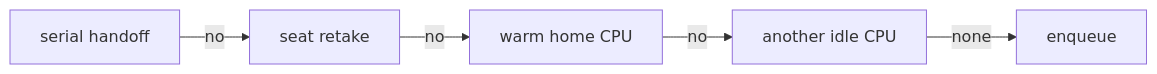
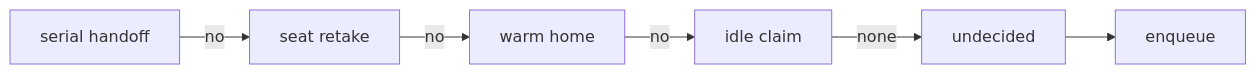
One commit to RitzDaCat/scx changed the second of 5 diagrams in scheds/rust/scx_cake/DESIGN.md. Above: the diagram before and after it, drawn with Mermaid. The commit also changed other lines of this file and 11 other files, not shown here.

````diff
--- a/scheds/rust/scx_cake/DESIGN.md
+++ b/scheds/rust/scx_cake/DESIGN.md
@@ -48,4 +61,4 @@
 ```mermaid
 flowchart LR
-    A[serial handoff] -->|no| B[seat retake] -->|no| C[warm home CPU] -->|no| D[another idle CPU] -->|none| E[enqueue]
+    A[serial handoff] -->|no| B[seat retake] -->|no| C[warm home] -->|no| D[idle claim] -->|none| U[undecided] --> E[enqueue]
 ```
````
